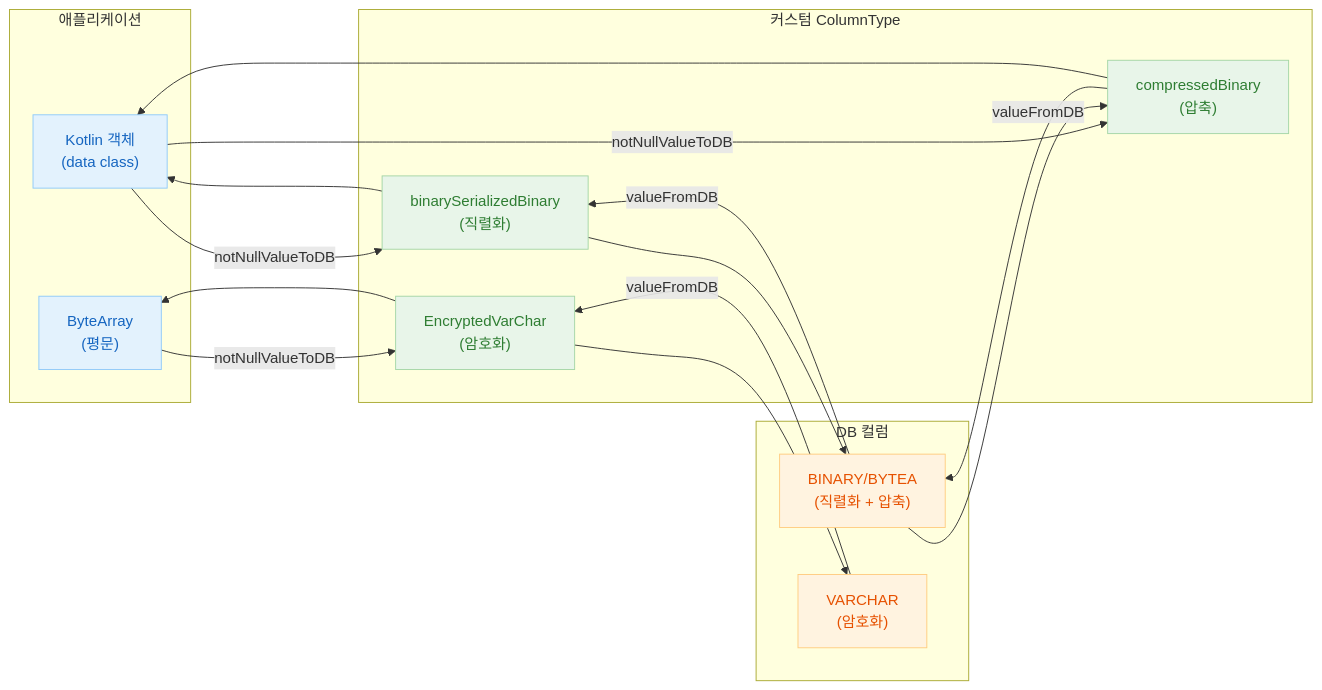
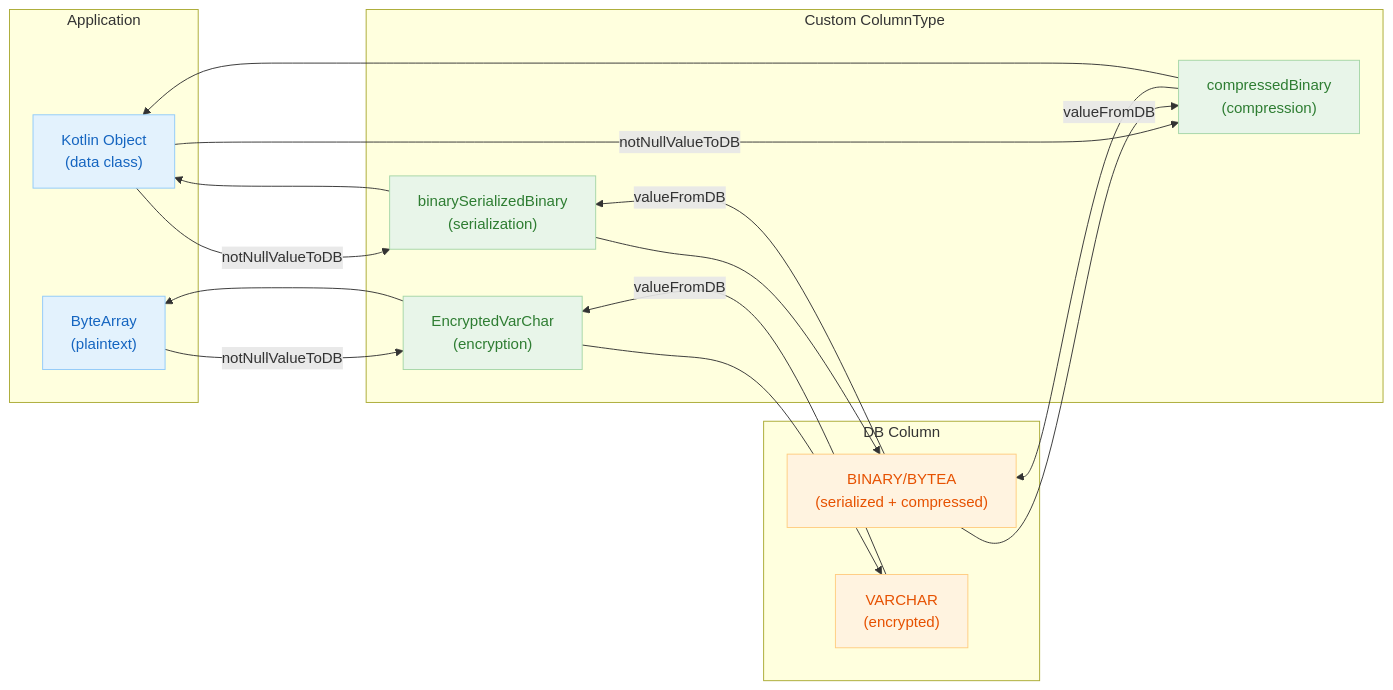
One commit to bluetape4k/exposed-workshop changed the first of 2 diagrams in 06-advanced/06-custom-columns/README.md. Above: the diagram before and after it, drawn with Mermaid. The commit also changed other lines of this file and 115 other files, not shown here.

````diff
--- a/06-advanced/06-custom-columns/README.md
+++ b/06-advanced/06-custom-columns/README.md
@@ -23,31 +25,31 @@
 ```mermaid
 flowchart LR
-    subgraph App["애플리케이션"]
-        OBJ["Kotlin 객체\n(data class)"]
-        BYTES["ByteArray\n(평문)"]
+    subgraph App["Application"]
+        OBJ["Kotlin Object\n(data class)"]
+        BYTES["ByteArray\n(plaintext)"]
     end
 
-    subgraph ColumnType["커스텀 ColumnType"]
-        SER["binarySerializedBinary\n(직렬화)"]
-        COMP["compressedBinary\n(압축)"]
-        ENC["EncryptedVarChar\n(암호화)"]
+    subgraph ColumnType["Custom ColumnType"]
+        SER["binarySerializedBinary\n(serialization)"]
+        COMP["compressedBinary\n(compression)"]
+        ENC["EncryptedVarChar\n(encryption)"]
     end
 
-    subgraph DB["DB 컬럼"]
-        BINARY["BINARY/BYTEA\n(직렬화 + 압축)"]
-        VARCHAR["VARCHAR\n(암호화)"]
+    subgraph DB["DB Column"]
+        BINARY["BINARY/BYTEA\n(serialized + compressed)"]
+        VARCHAR["VARCHAR\n(encrypted)"]
     end
 
     OBJ -->|notNullValueToDB| SER & COMP --> BINARY
     BINARY -->|valueFromDB| SER & COMP --> OBJ
     BYTES -->|notNullValueToDB| ENC --> VARCHAR
     VARCHAR -->|valueFromDB| ENC --> BYTES
 
     classDef blue fill:#E3F2FD,stroke:#90CAF9,color:#1565C0
     classDef green fill:#E8F5E9,stroke:#A5D6A7,color:#2E7D32
     classDef orange fill:#FFF3E0,stroke:#FFCC80,color:#E65100
 
     class OBJ,BYTES blue
     class SER,COMP,ENC green
     class BINARY,VARCHAR orange
 ```
````
